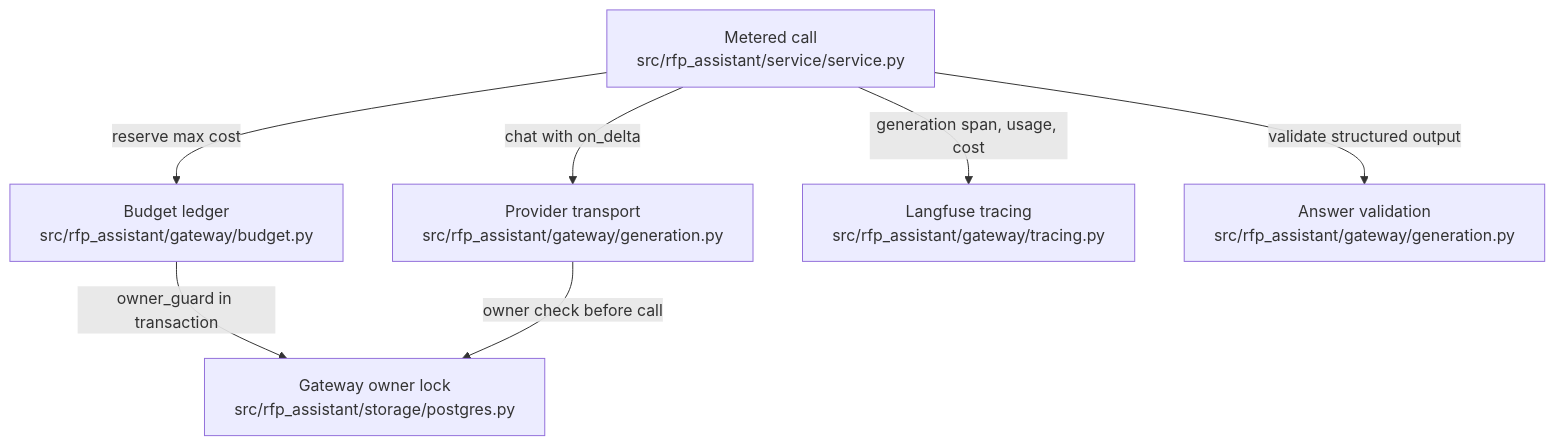
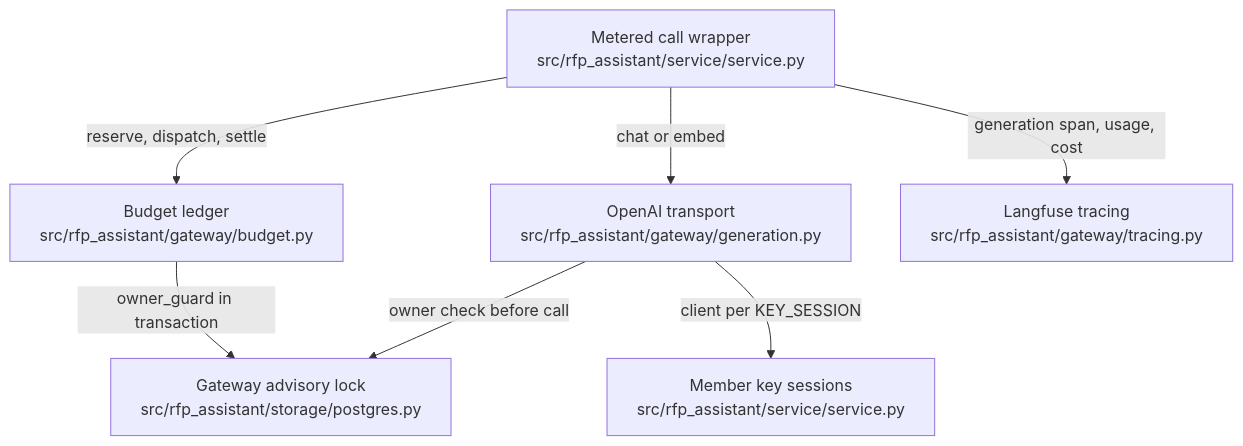
Before and after one commit to littleeeeebit/project-codeit-mid: the diagram in .omm/overall-architecture/paid-gateway/diagram.mmd, drawn with Mermaid. The commit also changed 353 other files, not shown here.

```diff
--- a/.omm/overall-architecture/paid-gateway/diagram.mmd
+++ b/.omm/overall-architecture/paid-gateway/diagram.mmd
@@ -1,7 +1,13 @@
 graph TD
-  metered-call["Metered call\nsrc/rfp_assistant/service/service.py"] -->|"reserve max cost"| budget-ledger["Budget ledger\nsrc/rfp_assistant/gateway/budget.py"]
-  metered-call -->|"chat with on_delta"| provider-transport["Provider transport\nsrc/rfp_assistant/gateway/generation.py"]
-  budget-ledger -->|"owner_guard in transaction"| gateway-owner["Gateway owner lock\nsrc/rfp_assistant/storage/postgres.py"]
-  provider-transport -->|"owner check before call"| gateway-owner
-  metered-call -->|"generation span, usage, cost"| langfuse-tracing["Langfuse tracing\nsrc/rfp_assistant/gateway/tracing.py"]
-  metered-call -->|"validate structured output"| answer-validation["Answer validation\nsrc/rfp_assistant/gateway/generation.py"]
+  metered-call["Metered call wrapper\nsrc/rfp_assistant/service/service.py"]
+  budget-ledger["Budget ledger\nsrc/rfp_assistant/gateway/budget.py"]
+  gateway-owner["Gateway advisory lock\nsrc/rfp_assistant/storage/postgres.py"]
+  openai-transport["OpenAI transport\nsrc/rfp_assistant/gateway/generation.py"]
+  key-sessions["Member key sessions\nsrc/rfp_assistant/service/service.py"]
+  tracing["Langfuse tracing\nsrc/rfp_assistant/gateway/tracing.py"]
+  metered-call -->|reserve, dispatch, settle| budget-ledger
+  budget-ledger -->|owner_guard in transaction| gateway-owner
+  metered-call -->|chat or embed| openai-transport
+  openai-transport -->|client per KEY_SESSION| key-sessions
+  openai-transport -->|owner check before call| gateway-owner
+  metered-call -->|generation span, usage, cost| tracing
```
